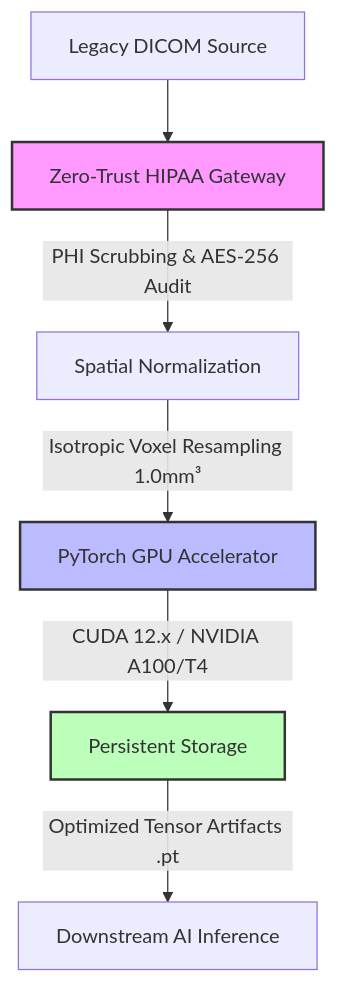
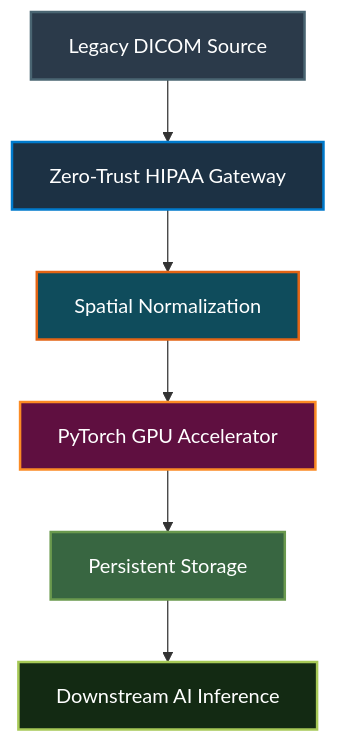
One commit to user123141/medcore-dicom-pipeline changed the diagram in README.md. Above: the diagram before and after it, drawn with Mermaid. The commit also changed other lines of this file, not shown here.

````diff
--- a/README.md
+++ b/README.md
@@ -16,12 +16,16 @@
 ```mermaid
 graph TD
     A[Legacy DICOM Source] --> B[Zero-Trust HIPAA Gateway]
-    B -->|PHI Scrubbing & AES-256 Audit| C[Spatial Normalization]
-    C -->|Isotropic Voxel Resampling 1.0mm³| D[PyTorch GPU Accelerator]
-    D -->|CUDA 12.x / NVIDIA A100/T4| E[Persistent Storage]
-    E -->|Optimized Tensor Artifacts .pt| F[Downstream AI Inference]
-    
-    style B fill:#f9f,stroke:#333,stroke-width:2px
-    style D fill:#bbf,stroke:#333,stroke-width:2px
-    style E fill:#bfb,stroke:#333,stroke-width:2px
+    B --> C[Spatial Normalization]
+    C --> D[PyTorch GPU Accelerator]
+    D --> E[Persistent Storage]
+    E --> F[Downstream AI Inference]
+
+    %% Выверенная контрастная цветовая схема (подходит под Dark/Light темы)
+    style A fill:#2b3a4a,stroke:#4a6572,stroke-width:2px,color:#ffffff
+    style B fill:#1c3144,stroke:#007acc,stroke-width:2px,color:#ffffff
+    style C fill:#0f4c5c,stroke:#e36414,stroke-width:2px,color:#ffffff
+    style D fill:#5f0f40,stroke:#fb8b24,stroke-width:2px,color:#ffffff
+    style E fill:#386641,stroke:#6a994e,stroke-width:2px,color:#ffffff
+    style F fill:#132a13,stroke:#a7c957,stroke-width:2px,color:#ffffff
 ```
````
